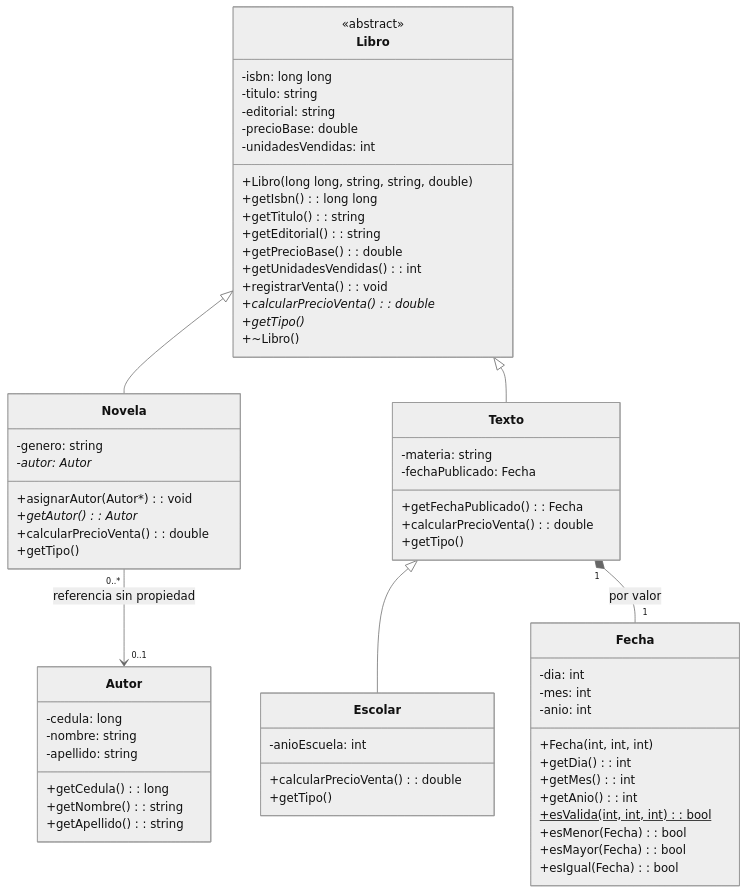
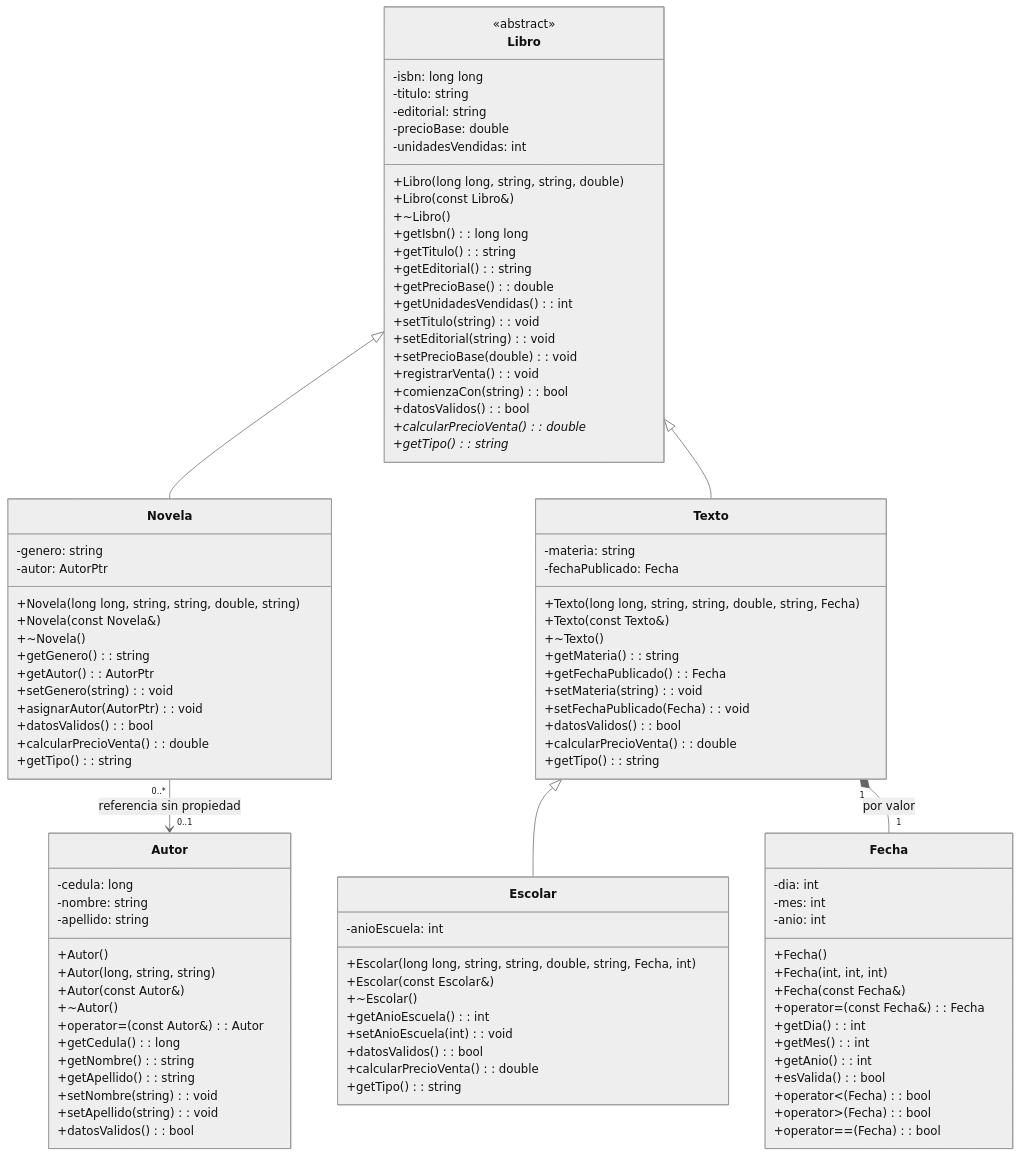
The second of 4 diagrams in README.md (matiasmirenda/ObligatorioP4), drawn with Mermaid (neutral theme) before and after one commit. The commit also changed other lines of this file and 34 other files, not shown here.

```diff
--- a/README.md
+++ b/README.md
@@ -80,56 +89,92 @@
         -precioBase: double
         -unidadesVendidas: int
         +Libro(long long, string, string, double)
+        +Libro(const Libro&)
+        +~Libro()
         +getIsbn(): long long
         +getTitulo(): string
         +getEditorial(): string
         +getPrecioBase(): double
         +getUnidadesVendidas(): int
+        +setTitulo(string): void
+        +setEditorial(string): void
+        +setPrecioBase(double): void
         +registrarVenta(): void
+        +comienzaCon(string): bool
+        +datosValidos(): bool
         +calcularPrecioVenta(): double*
-        +getTipo()*
-        +~Libro()
+        +getTipo(): string*
     }
     class Novela {
         -genero: string
-        -autor: Autor*
-        +asignarAutor(Autor*): void
-        +getAutor(): Autor*
+        -autor: AutorPtr
+        +Novela(long long, string, string, double, string)
+        +Novela(const Novela&)
+        +~Novela()
+        +getGenero(): string
+        +getAutor(): AutorPtr
+        +setGenero(string): void
+        +asignarAutor(AutorPtr): void
+        +datosValidos(): bool
         +calcularPrecioVenta(): double
-        +getTipo()
+        +getTipo(): string
     }
     class Texto {
         -materia: string
         -fechaPublicado: Fecha
+        +Texto(long long, string, string, double, string, Fecha)
+        +Texto(const Texto&)
+        +~Texto()
+        +getMateria(): string
         +getFechaPublicado(): Fecha
+        +setMateria(string): void
+        +setFechaPublicado(Fecha): void
+        +datosValidos(): bool
         +calcularPrecioVenta(): double
-        +getTipo()
+        +getTipo(): string
     }
     class Escolar {
         -anioEscuela: int
+        +Escolar(long long, string, string, double, string, Fecha, int)
+        +Escolar(const Escolar&)
+        +~Escolar()
+        +getAnioEscuela(): int
+        +setAnioEscuela(int): void
+        +datosValidos(): bool
         +calcularPrecioVenta(): double
-        +getTipo()
+        +getTipo(): string
     }
     class Autor {
         -cedula: long
         -nombre: string
         -apellido: string
+        +Autor()
+        +Autor(long, string, string)
+        +Autor(const Autor&)
+        +~Autor()
+        +operator=(const Autor&): Autor
         +getCedula(): long
         +getNombre(): string
         +getApellido(): string
+        +setNombre(string): void
+        +setApellido(string): void
+        +datosValidos(): bool
     }
     class Fecha {
         -dia: int
         -mes: int
         -anio: int
+        +Fecha()
         +Fecha(int, int, int)
+        +Fecha(const Fecha&)
+        +operator=(const Fecha&): Fecha
         +getDia(): int
         +getMes(): int
         +getAnio(): int
-        +esValida(int, int, int): bool$
-        +esMenor(Fecha): bool
-        +esMayor(Fecha): bool
-        +esIgual(Fecha): bool
+        +esValida(): bool
+        +operator<(Fecha): bool
+        +operator>(Fecha): bool
+        +operator==(Fecha): bool
     }
     Libro <|-- Novela
     Libro <|-- Texto
```
